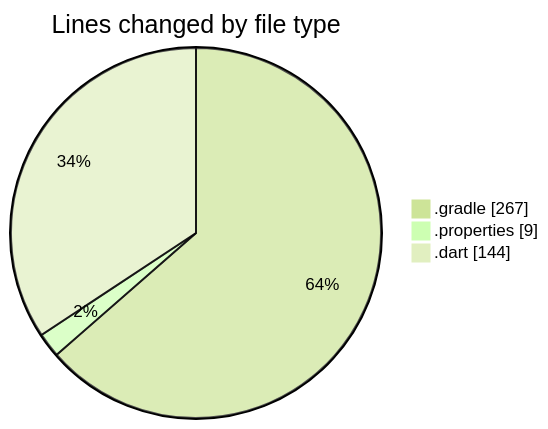
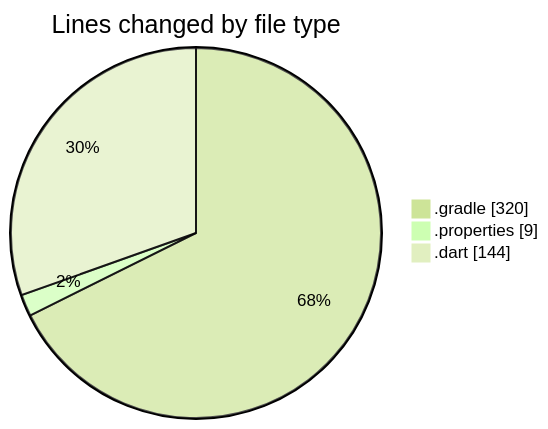
The first of 2 diagrams in 2025-02-16/trackers_app/README.md (donsfak/code-tracking), drawn with Mermaid (forest theme) before and after one commit. The commit also changed other lines of this file and 1 other file, not shown here.

````diff
--- a/2025-02-16/trackers_app/README.md
+++ b/2025-02-16/trackers_app/README.md
@@ -23,7 +23,7 @@
 ```mermaid
 pie showData
 title Lines changed by file type
-".gradle" : 267
+".gradle" : 320
 ".properties" : 9
 ".dart" : 144
 ```
````
